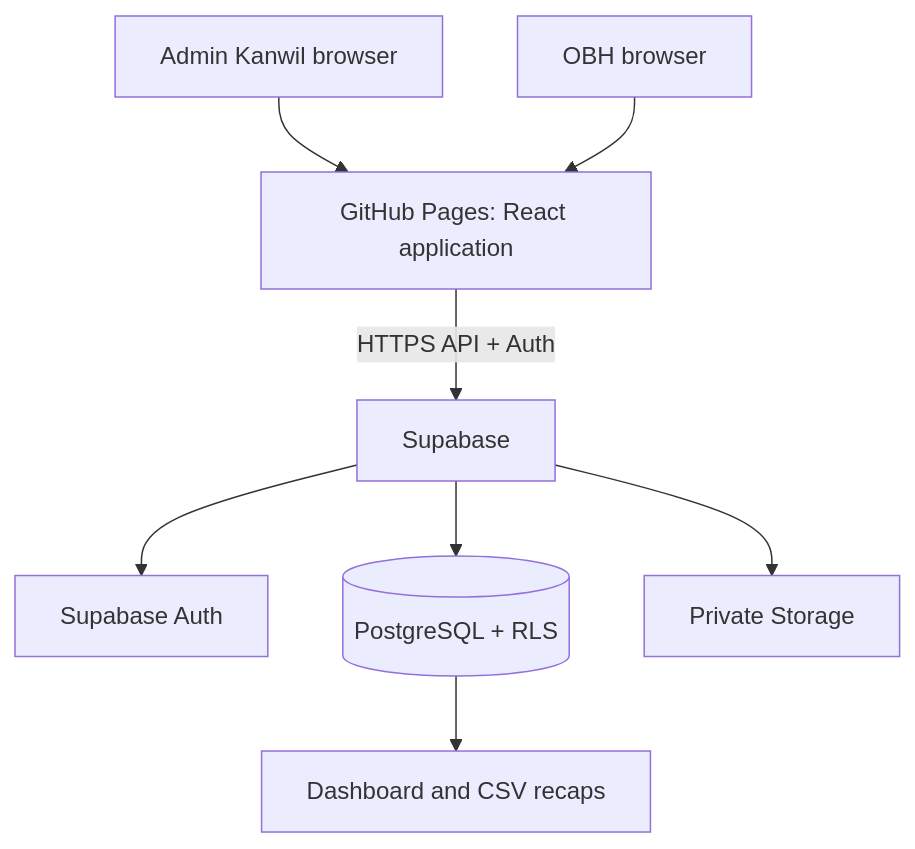
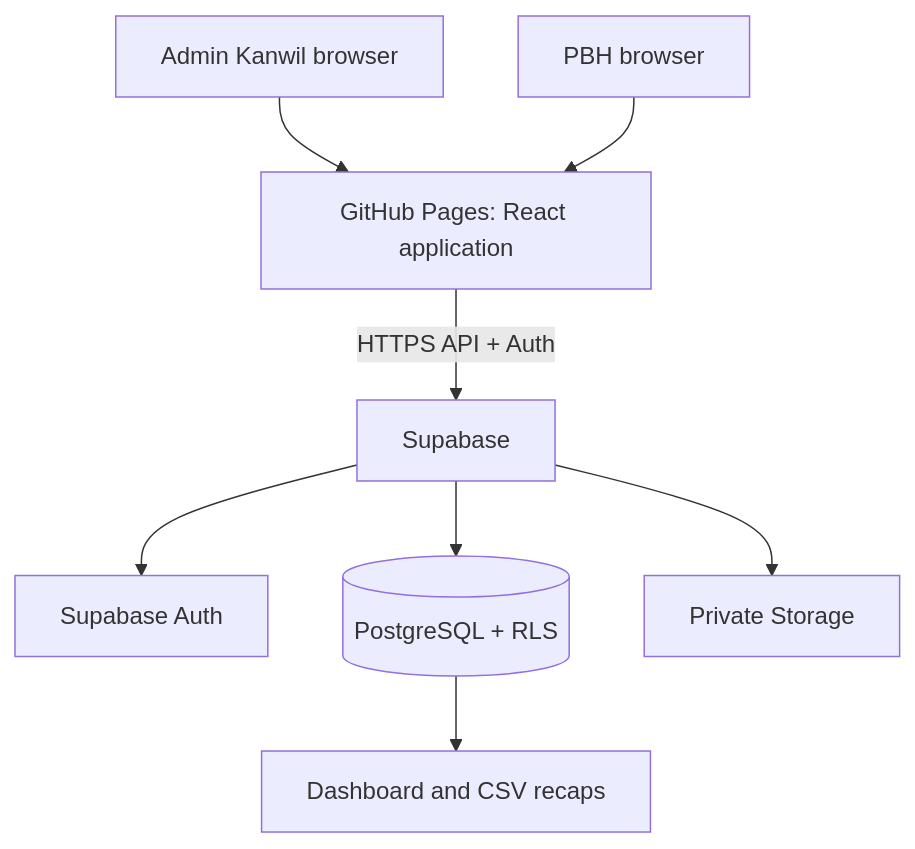
Before and after one commit to sirputin4/SIP-BH-V2: the first of 3 diagrams in docs/ARCHITECTURE.md, drawn with Mermaid. The commit also changed other lines of this file and 11 other files, not shown here.

````diff
--- a/docs/ARCHITECTURE.md
+++ b/docs/ARCHITECTURE.md
@@ -5,10 +5,10 @@
 ```mermaid
 flowchart TD
   U1[Admin Kanwil browser] --> GH[GitHub Pages: React application]
-  U2[OBH browser] --> GH
+  U2[PBH browser] --> GH
   GH -->|HTTPS API + Auth| SB[Supabase]
   SB --> AUTH[Supabase Auth]
   SB --> DB[(PostgreSQL + RLS)]
   SB --> STORE[Private Storage]
   DB --> DASH[Dashboard and CSV recaps]
 ```
````
